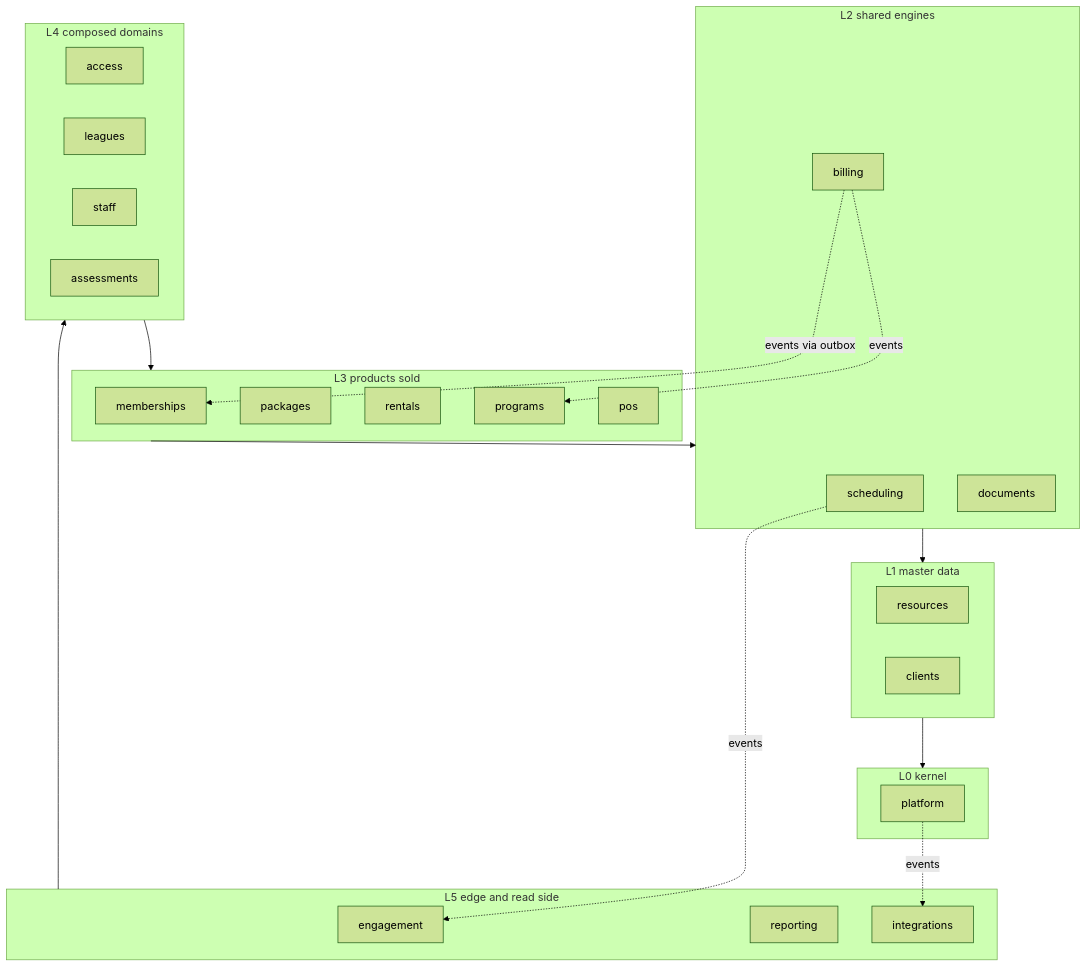
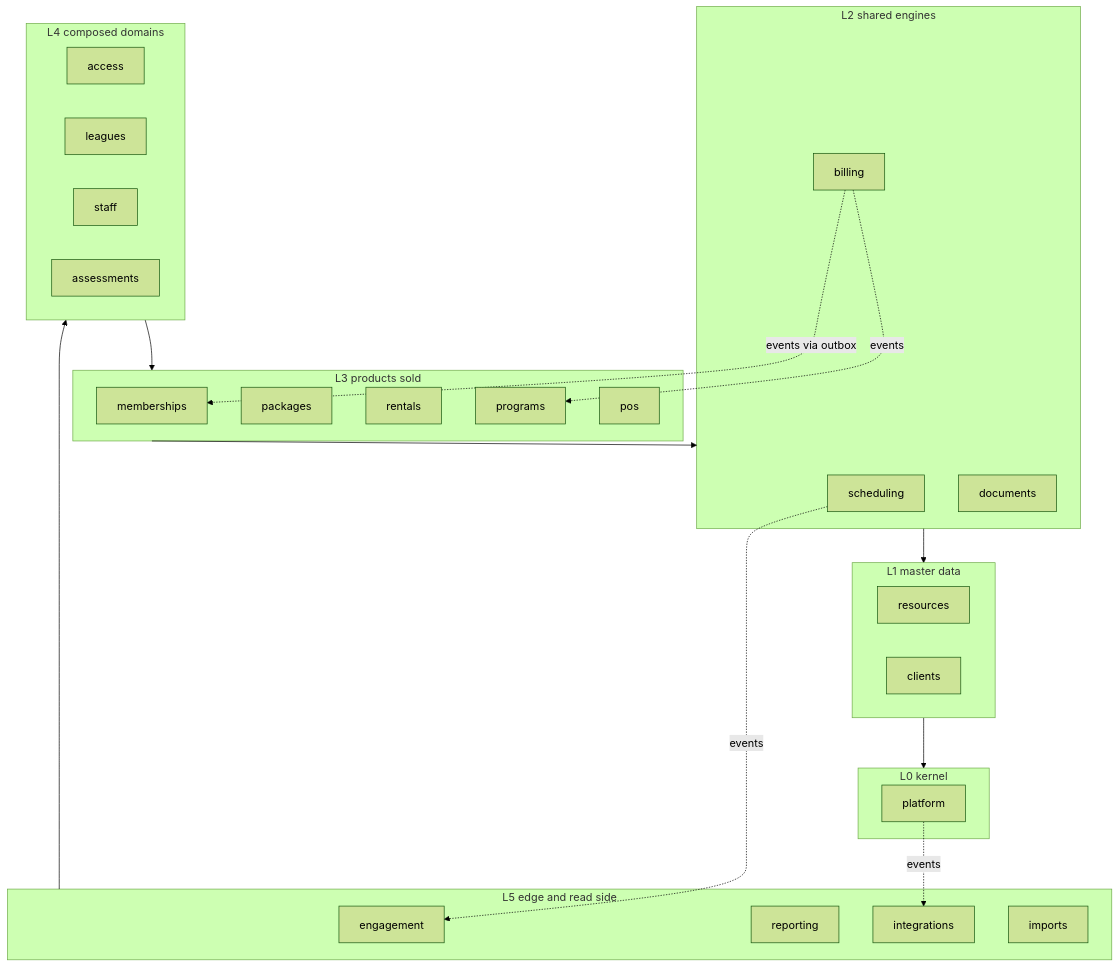
The second of 2 diagrams in docs/architecture/overview.md (Ramc4685/courtmastr-facility), drawn with Mermaid (forest theme) before and after one commit. The commit also changed other lines of this file and 2 other files, not shown here.

First line of the commit message:
docs(architecture): imports context, boundary exceptions, files, jobs and sign-in

````diff
--- a/docs/architecture/overview.md
+++ b/docs/architecture/overview.md
@@ -83,26 +83,26 @@
 ```mermaid
 flowchart TB
   subgraph L5[L5 edge and read side]
-    engagement; reporting; integrations
+    engagement; reporting; integrations; imports
   end
   subgraph L4[L4 composed domains]
     access; leagues; staff; assessments
   end
   subgraph L3[L3 products sold]
     memberships; packages; rentals; programs; pos
   end
   subgraph L2[L2 shared engines]
     scheduling; billing; documents
   end
   subgraph L1[L1 master data]
     resources; clients
   end
   subgraph L0[L0 kernel]
     platform
   end
   L5 --> L4 --> L3 --> L2 --> L1 --> L0
   billing -. events via outbox .-> memberships
   billing -. events .-> programs
   scheduling -. events .-> engagement
   platform -. events .-> integrations
 ```
````
